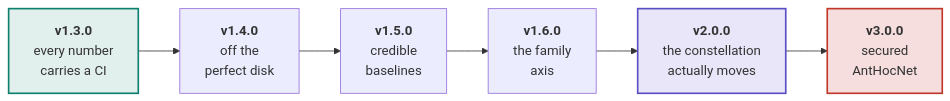
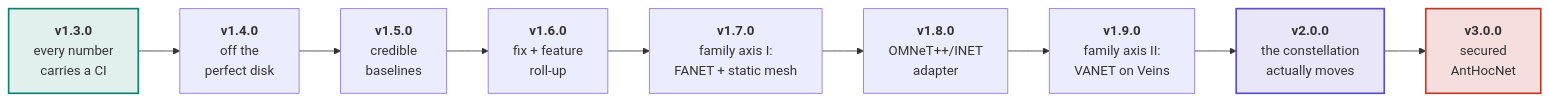
Before and after one commit to danieljoppi/AntHocNet: the first of 2 diagrams in docs/roadmap.md, drawn with Mermaid. The commit also changed other lines of this file, not shown here.

First line of the commit message:
docs(roadmap): split the family axis into v1.7.0 FANET, v1.8.0 OMNeT++, v1.9.0 VANET (#486)

````diff
--- a/docs/roadmap.md
+++ b/docs/roadmap.md
@@ -37,15 +40,18 @@
 ```mermaid
 flowchart LR
     V13["<b>v1.3.0</b><br/>every number<br/>carries a CI"]
     V14["<b>v1.4.0</b><br/>off the<br/>perfect disk"]
     V15["<b>v1.5.0</b><br/>credible<br/>baselines"]
-    V16["<b>v1.6.0</b><br/>the family<br/>axis"]
+    V16["<b>v1.6.0</b><br/>fix + feature<br/>roll-up"]
+    V17["<b>v1.7.0</b><br/>family axis I:<br/>FANET + static mesh"]
+    V18["<b>v1.8.0</b><br/>OMNeT++/INET<br/>adapter"]
+    V19["<b>v1.9.0</b><br/>family axis II:<br/>VANET on Veins"]
     V20["<b>v2.0.0</b><br/>the constellation<br/>actually moves"]
     V30["<b>v3.0.0</b><br/>secured<br/>AntHocNet"]
 
-    V13 --> V14 --> V15 --> V16 --> V20 --> V30
+    V13 --> V14 --> V15 --> V16 --> V17 --> V18 --> V19 --> V20 --> V30
 
     style V13 fill:#e2f0ed,stroke:#0f7f70,stroke-width:2px
     style V20 fill:#e8e6f8,stroke:#5b4fc4,stroke-width:2px
     style V30 fill:#f6dede,stroke:#c0392b,stroke-width:2px
 ```
````
